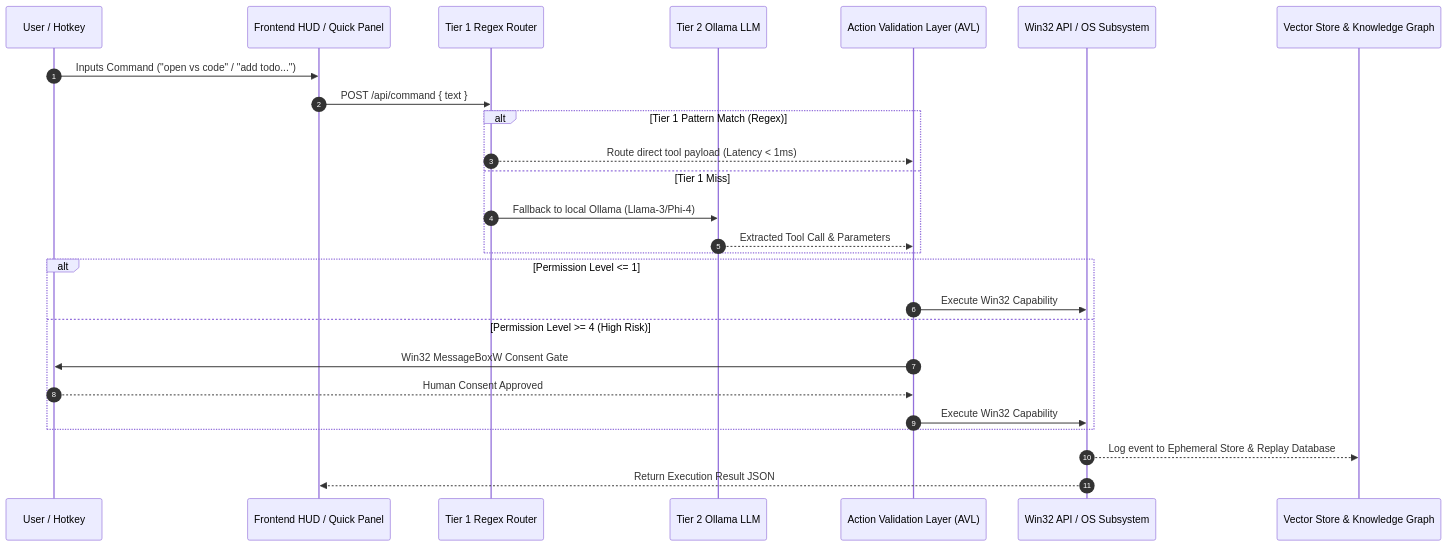
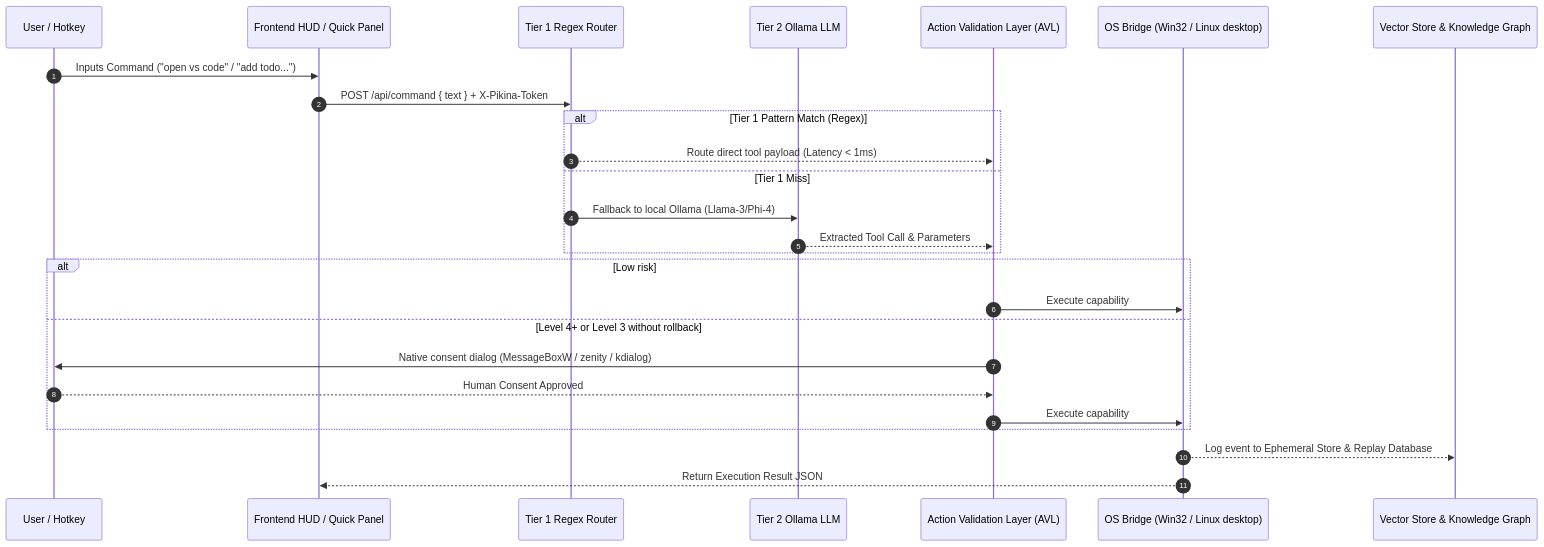
The diagram in README.md (Aditya2514/Pikina), drawn with Mermaid before and after one commit. The commit also changed other lines of this file and 3 other files, not shown here.

````diff
--- a/README.md
+++ b/README.md
@@ -114,31 +118,31 @@
 ```mermaid
 sequenceDiagram
     autonumber
     participant U as User / Hotkey
     participant FE as Frontend HUD / Quick Panel
     participant T1 as Tier 1 Regex Router
     participant T2 as Tier 2 Ollama LLM
     participant AVL as Action Validation Layer (AVL)
-    participant WIN as Win32 API / OS Subsystem
+    participant WIN as OS Bridge (Win32 / Linux desktop)
     participant MEM as Vector Store & Knowledge Graph
 
     U->>FE: Inputs Command ("open vs code" / "add todo...")
-    FE->>T1: POST /api/command { text }
+    FE->>T1: POST /api/command { text } + X-Pikina-Token
     alt Tier 1 Pattern Match (Regex)
         T1-->>AVL: Route direct tool payload (Latency < 1ms)
     else Tier 1 Miss
         T1->>T2: Fallback to local Ollama (Llama-3/Phi-4)
         T2-->>AVL: Extracted Tool Call & Parameters
     end
 
-    alt Permission Level <= 1
-        AVL->>WIN: Execute Win32 Capability
-    else Permission Level >= 4 (High Risk)
-        AVL->>U: Win32 MessageBoxW Consent Gate
+    alt Low risk
+        AVL->>WIN: Execute capability
+    else Level 4+ or Level 3 without rollback
+        AVL->>U: Native consent dialog (MessageBoxW / zenity / kdialog)
         U-->>AVL: Human Consent Approved
-        AVL->>WIN: Execute Win32 Capability
+        AVL->>WIN: Execute capability
     end
 
     WIN-->>MEM: Log event to Ephemeral Store & Replay Database
     WIN-->>FE: Return Execution Result JSON
 ```
````
